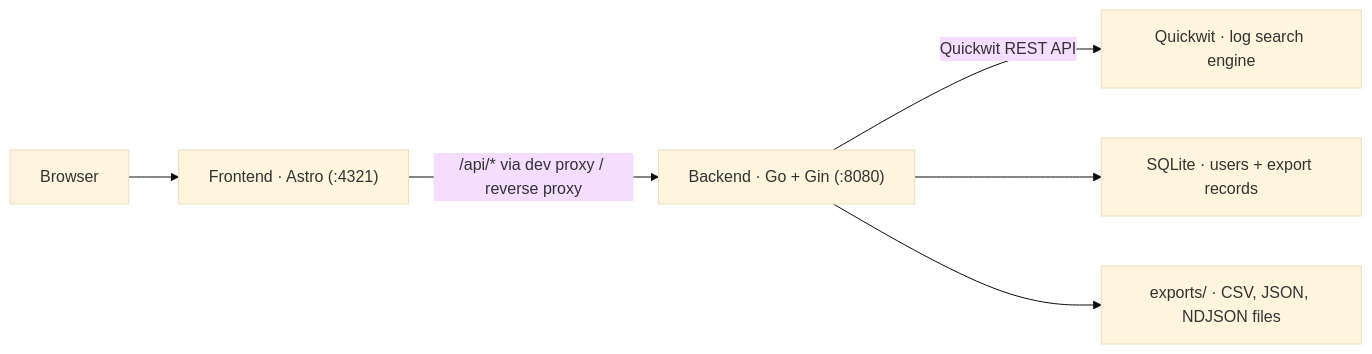
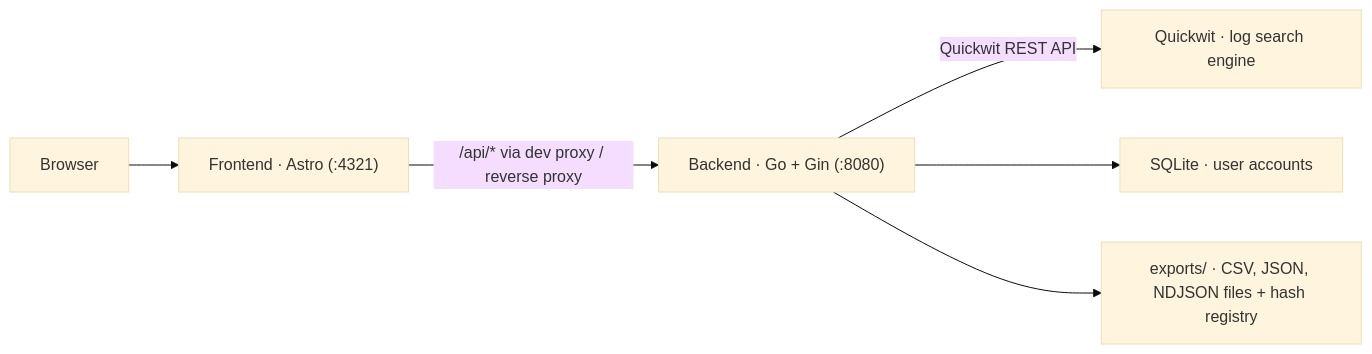
One commit to traipoap/gitops-platform changed the first of 2 diagrams in README.md. Above: the diagram before and after it, drawn with Mermaid (base theme). The commit also changed other lines of this file, not shown here.

Commit message:
Update README to clarify export tracking and CI flow

````diff
--- a/README.md
+++ b/README.md
@@ -23,8 +23,8 @@
 ```mermaid
 flowchart LR
     B["Browser"] --> F["Frontend · Astro (:4321)"]
     F -->|"/api/* via dev proxy / reverse proxy"| A["Backend · Go + Gin (:8080)"]
     A -->|"Quickwit REST API"| Q["Quickwit · log search engine"]
-    A --> DB["SQLite · users + export records"]
-    A --> FS["exports/ · CSV, JSON, NDJSON files"]
+    A --> DB["SQLite · user accounts"]
+    A --> FS["exports/ · CSV, JSON, NDJSON files + hash registry"]
 ```
````
